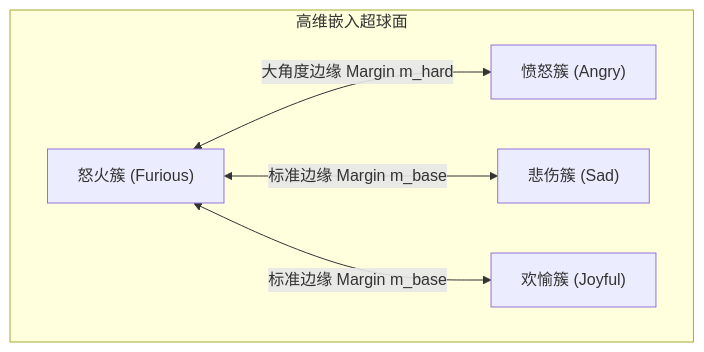
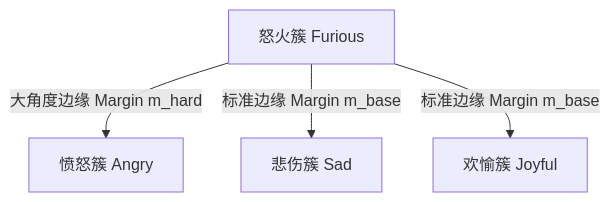
One commit to chycycc/CASE changed the diagram in docs/v9/v9_guidance_and_architecture_roadmap.md. Above: the diagram before and after it, drawn with Mermaid. The commit also changed other lines of this file and 4 other files, not shown here.

````diff
--- a/docs/v9/v9_guidance_and_architecture_roadmap.md
+++ b/docs/v9/v9_guidance_and_architecture_roadmap.md
@@ -147,13 +170,10 @@
 ```mermaid
 graph TD
-    subgraph Space [高维嵌入超球面]
-        A["怒火簇 (Furious)"]
-        B["愤怒簇 (Angry)"]
-        C["悲伤簇 (Sad)"]
-        D["欢愉簇 (Joyful)"]
-    end
-    
-    A <-->|大角度边缘 Margin m_hard| B
-    A <-->|标准边缘 Margin m_base| C
-    A <-->|标准边缘 Margin m_base| D
+    A["怒火簇 Furious"]
+    B["愤怒簇 Angry"]
+    C["悲伤簇 Sad"]
+    D["欢愉簇 Joyful"]
+    A -->|"大角度边缘 Margin m_hard"| B
+    A -->|"标准边缘 Margin m_base"| C
+    A -->|"标准边缘 Margin m_base"| D
 ```
````
